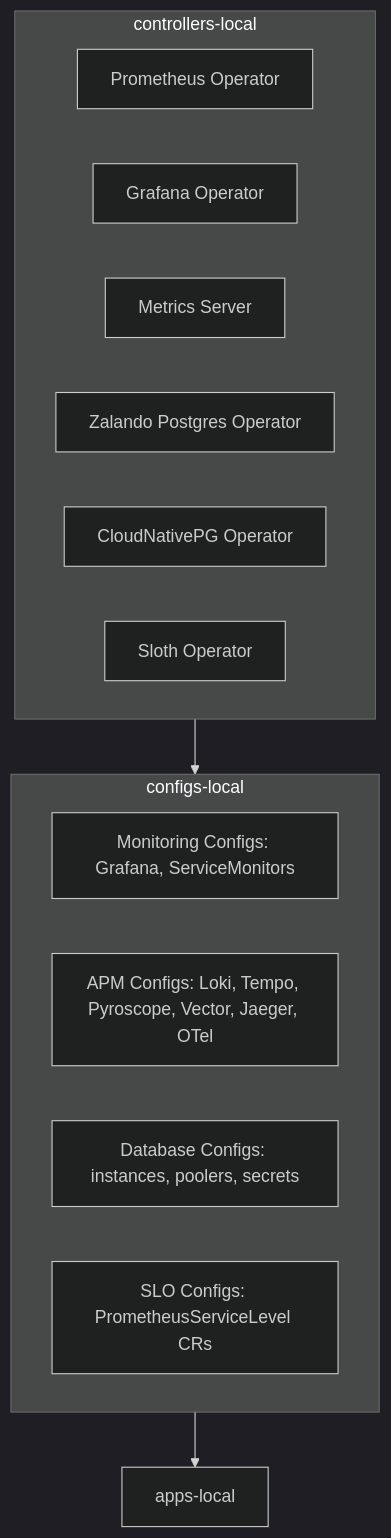
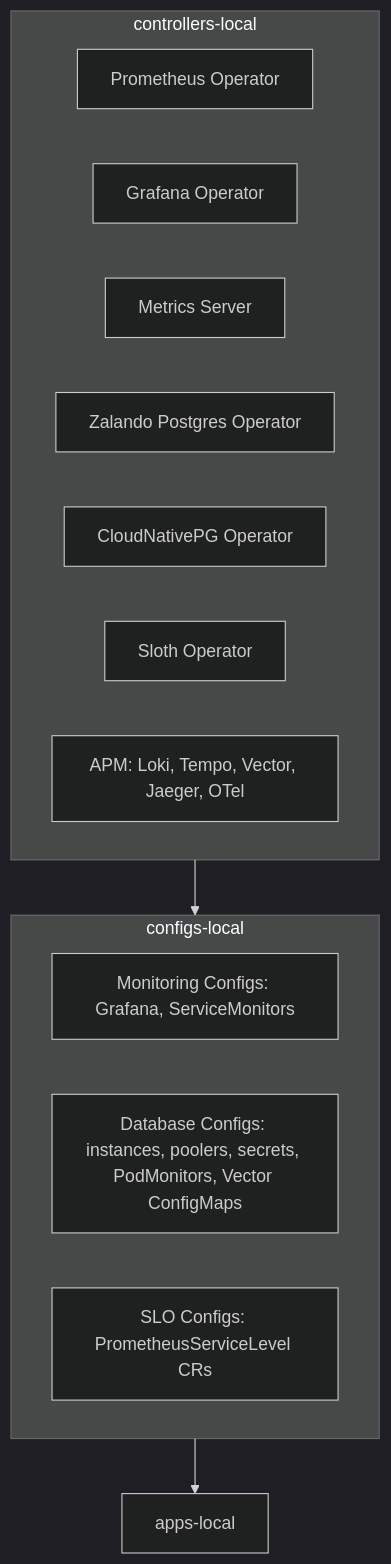
Before and after one commit to duynhlab/homelab: the diagram in kubernetes/infra/README.md, drawn with Mermaid (dark theme). The commit also changed other lines of this file and 35 other files, not shown here.

````diff
--- a/kubernetes/infra/README.md
+++ b/kubernetes/infra/README.md
@@ -68,21 +69,21 @@
 ```mermaid
 flowchart TD
     Controllers[controllers-local] --> Configs[configs-local]
     Configs --> Apps[apps-local]
     
     subgraph Controllers[controllers-local]
         PrometheusOp[Prometheus Operator]
         GrafanaOp[Grafana Operator]
         MetricsServer[Metrics Server]
         ZalandoOp[Zalando Postgres Operator]
         CNPGOp[CloudNativePG Operator]
         SlothOp[Sloth Operator]
+        APM[APM: Loki, Tempo, Vector, Jaeger, OTel]
     end
     
     subgraph Configs[configs-local]
         Monitoring[Monitoring Configs: Grafana, ServiceMonitors]
-        APM[APM Configs: Loki, Tempo, Pyroscope, Vector, Jaeger, OTel]
-        Databases[Database Configs: instances, poolers, secrets]
+        Databases[Database Configs: instances, poolers, secrets, PodMonitors, Vector ConfigMaps]
         SLO[SLO Configs: PrometheusServiceLevel CRs]
     end
 ```
````
